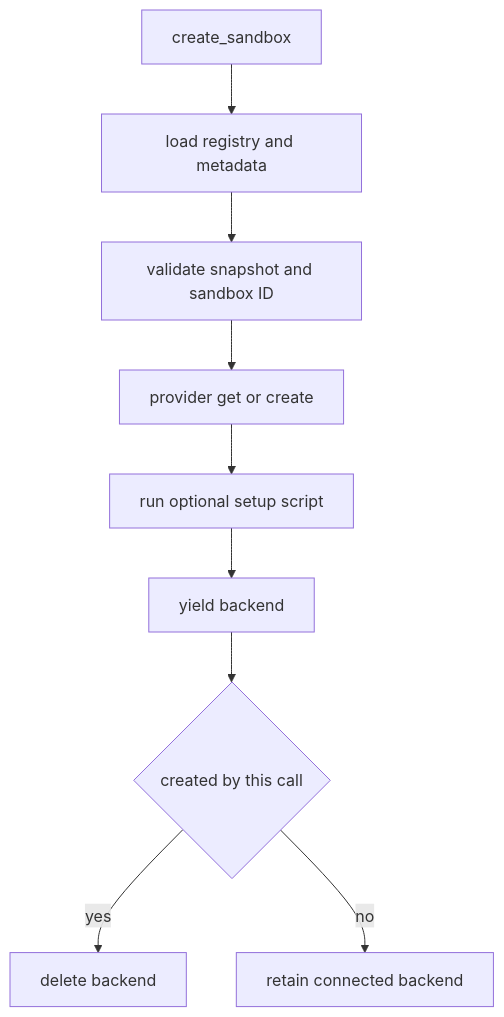
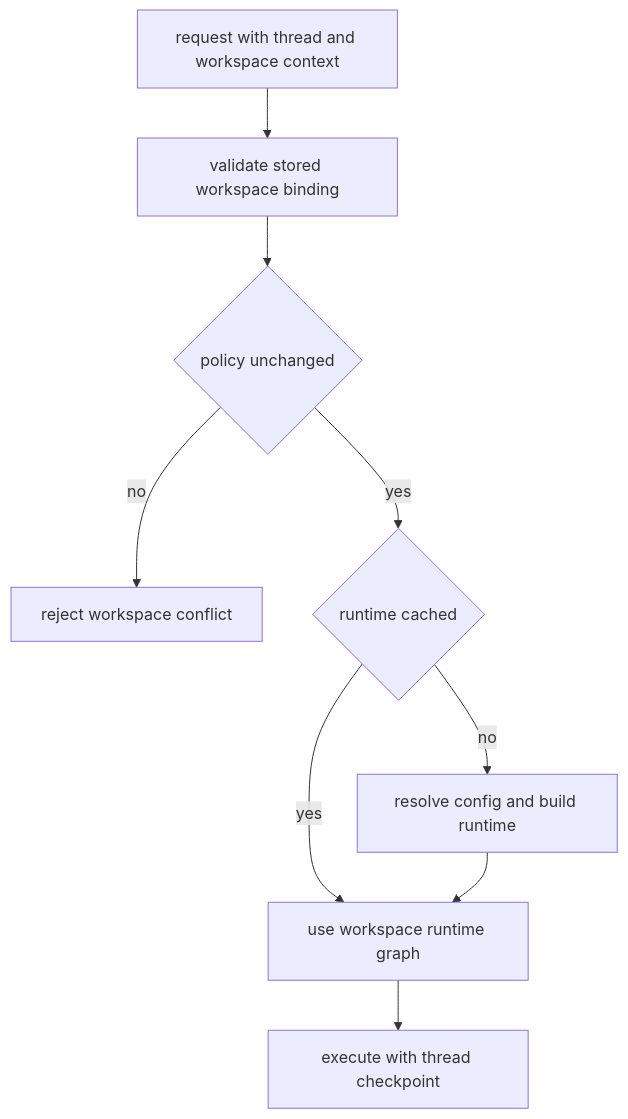
One commit to langchain-ai/deepagents changed the second of 2 diagrams in openwiki/architecture/code-agent.md. Above: the diagram before and after it, drawn with Mermaid. The commit also changed other lines of this file and 67 other files, not shown here.

````diff
--- a/openwiki/architecture/code-agent.md
+++ b/openwiki/architecture/code-agent.md
@@ -144,11 +87,11 @@
 ```mermaid
 flowchart TD
-    Start["create_sandbox"] --> Registry["load registry and metadata"]
-    Registry --> Validate["validate snapshot and sandbox ID"]
-    Validate --> Acquire["provider get or create"]
-    Acquire --> Setup["run optional setup script"]
-    Setup --> Body["yield backend"]
-    Body --> Owned{"created by this call"}
-    Owned -->|yes| Delete["delete backend"]
-    Owned -->|no| Retain["retain connected backend"]
+    Input["request with thread and workspace context"] --> Validate["validate stored workspace binding"]
+    Validate --> Policy{"policy unchanged"}
+    Policy -->|no| Reject["reject workspace conflict"]
+    Policy -->|yes| Cache{"runtime cached"}
+    Cache -->|yes| Graph["use workspace runtime graph"]
+    Cache -->|no| Build["resolve config and build runtime"]
+    Build --> Graph
+    Graph --> Checkpoint["execute with thread checkpoint"]
 ```
````
